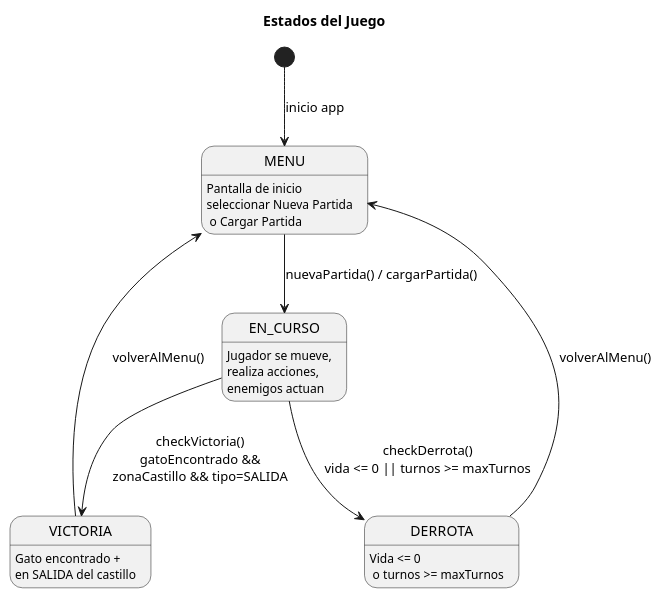
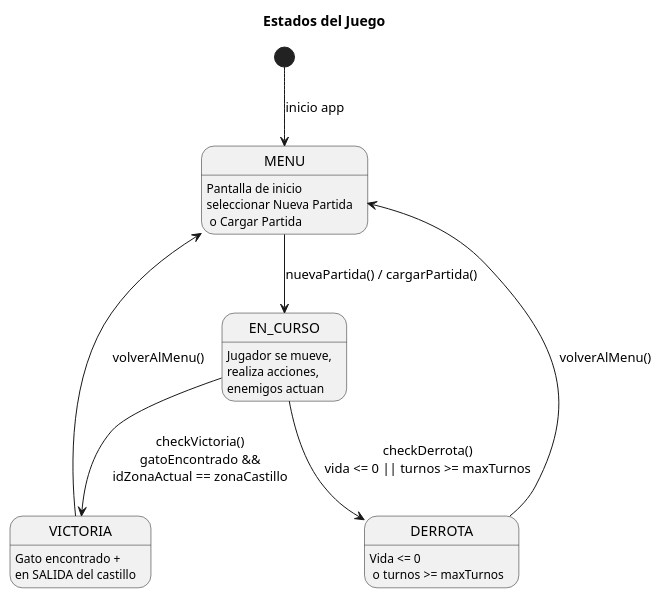
One commit to isagonz3/JuegoPracticaFinal changed the diagram in UMLs/estados_juego.puml. Above: the diagram before and after it, drawn with PlantUML. The commit also changed 15 other files, not shown here.

```diff
--- a/UMLs/estados_juego.puml
+++ b/UMLs/estados_juego.puml
@@ -1,17 +1,17 @@
 @startuml
 'https://plantuml.com/state-diagram
 
 title Estados del Juego
 
 state MENU : Pantalla de inicio\nseleccionar Nueva Partida\n o Cargar Partida
 state EN_CURSO : Jugador se mueve,\nrealiza acciones,\nenemigos actuan
 state VICTORIA : Gato encontrado +\nen SALIDA del castillo
 state DERROTA : Vida <= 0\n o turnos >= maxTurnos
 
 [*] --> MENU : inicio app
 MENU --> EN_CURSO : nuevaPartida() / cargarPartida()
-EN_CURSO --> VICTORIA : checkVictoria()\ngatoEncontrado &&\nzonaCastillo && tipo=SALIDA
+EN_CURSO --> VICTORIA : checkVictoria()\ngatoEncontrado &&\nidZonaActual == zonaCastillo
 EN_CURSO --> DERROTA : checkDerrota()\nvida <= 0 || turnos >= maxTurnos
 VICTORIA --> MENU : volverAlMenu()
 DERROTA --> MENU : volverAlMenu()
 @enduml
```
